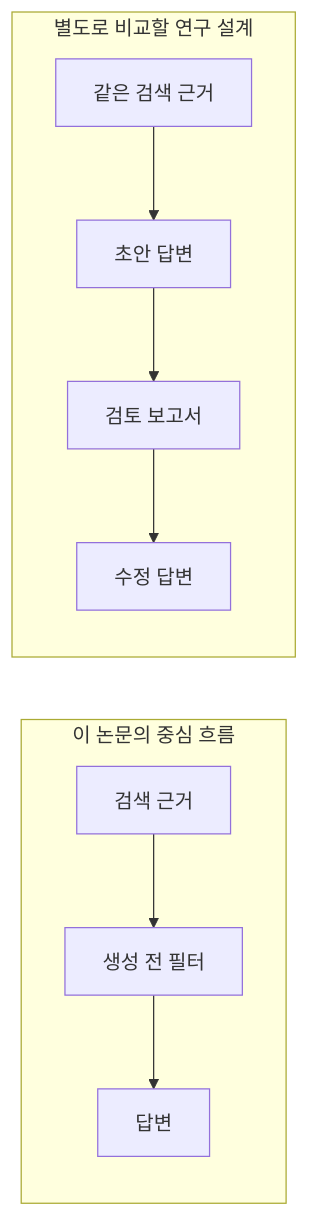
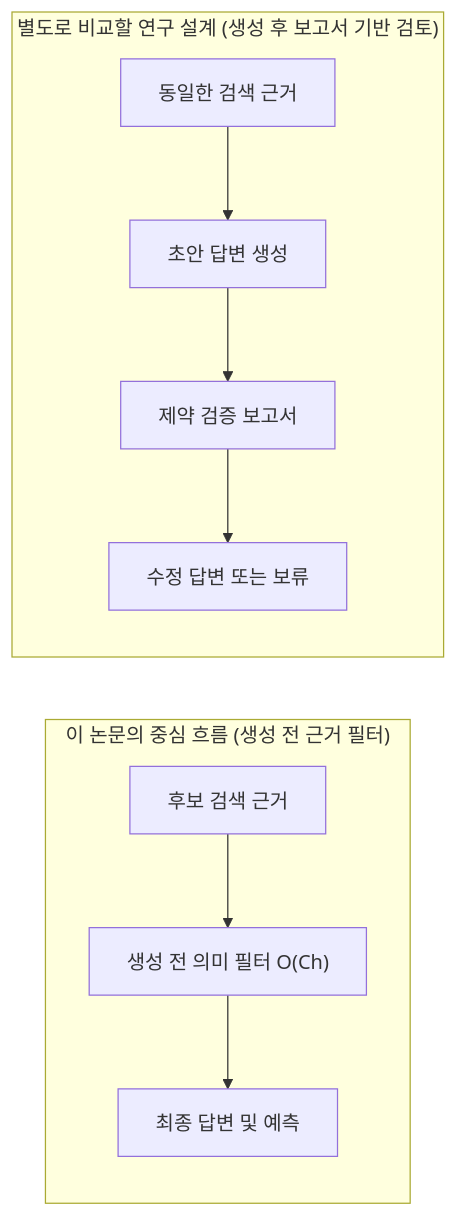
The fourth of 4 diagrams in docs/journal/2026-11-05-review-clinical-ontology-rag.md (shinysong/shacl-graphrag), drawn with Mermaid before and after one commit. The commit also changed other lines of this file and 3594 other files, not shown here.

Commit message:
Update SHACL-GraphRAG public site layout, typography, English sidebar, and Nov 2026 research records

````diff
--- a/docs/journal/2026-11-05-review-clinical-ontology-rag.md
+++ b/docs/journal/2026-11-05-review-clinical-ontology-rag.md
@@ -338,9 +318,9 @@
 ```mermaid
 flowchart LR
-    subgraph P[이 논문의 중심 흐름]
-        A[검색 근거] --> B[생성 전 필터] --> C[답변]
+    subgraph PreFilter ["이 논문의 중심 흐름 (생성 전 근거 필터)"]
+        P1[후보 검색 근거] --> P2["생성 전 의미 필터 O(Ch)"] --> P3[최종 답변 및 예측]
     end
-    subgraph Q[별도로 비교할 연구 설계]
-        D[같은 검색 근거] --> E[초안 답변] --> F[검토 보고서] --> G[수정 답변]
+    subgraph PostReview ["별도로 비교할 연구 설계 (생성 후 보고서 기반 검토)"]
+        Q1[동일한 검색 근거] --> Q2[초안 답변 생성] --> Q3[제약 검증 보고서] --> Q4[수정 답변 또는 보류]
     end
 ```
````
